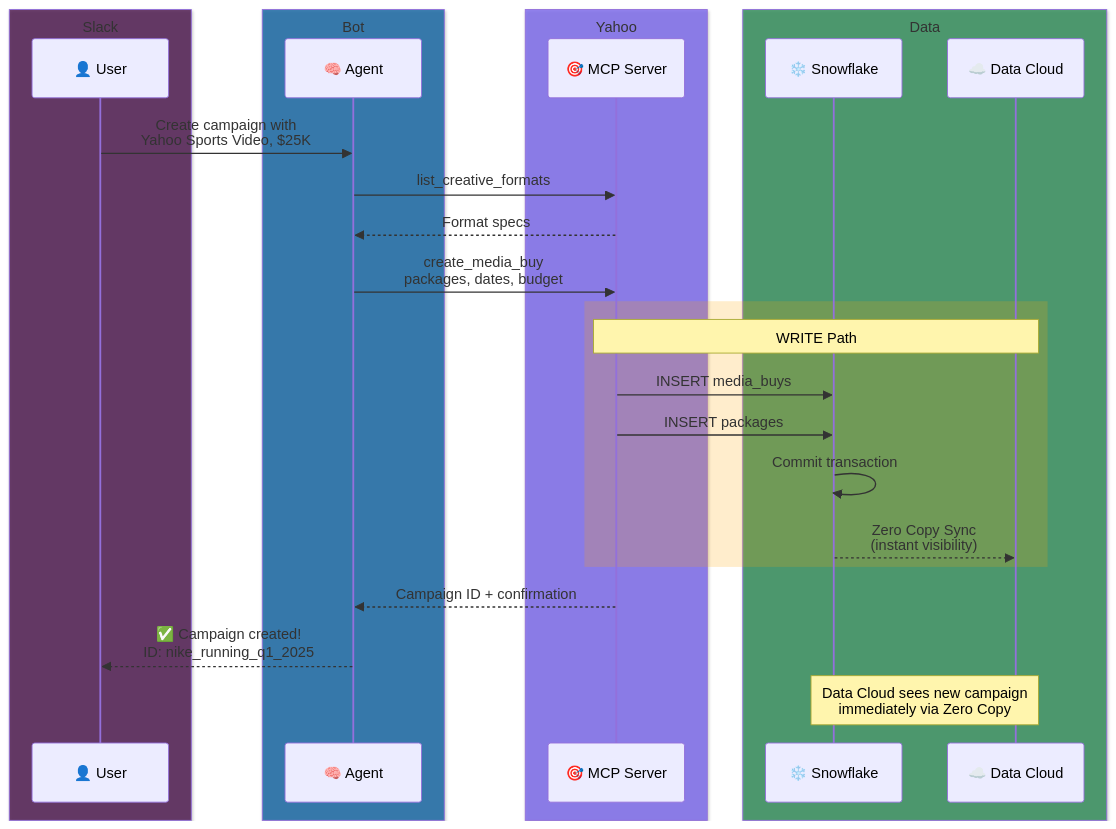
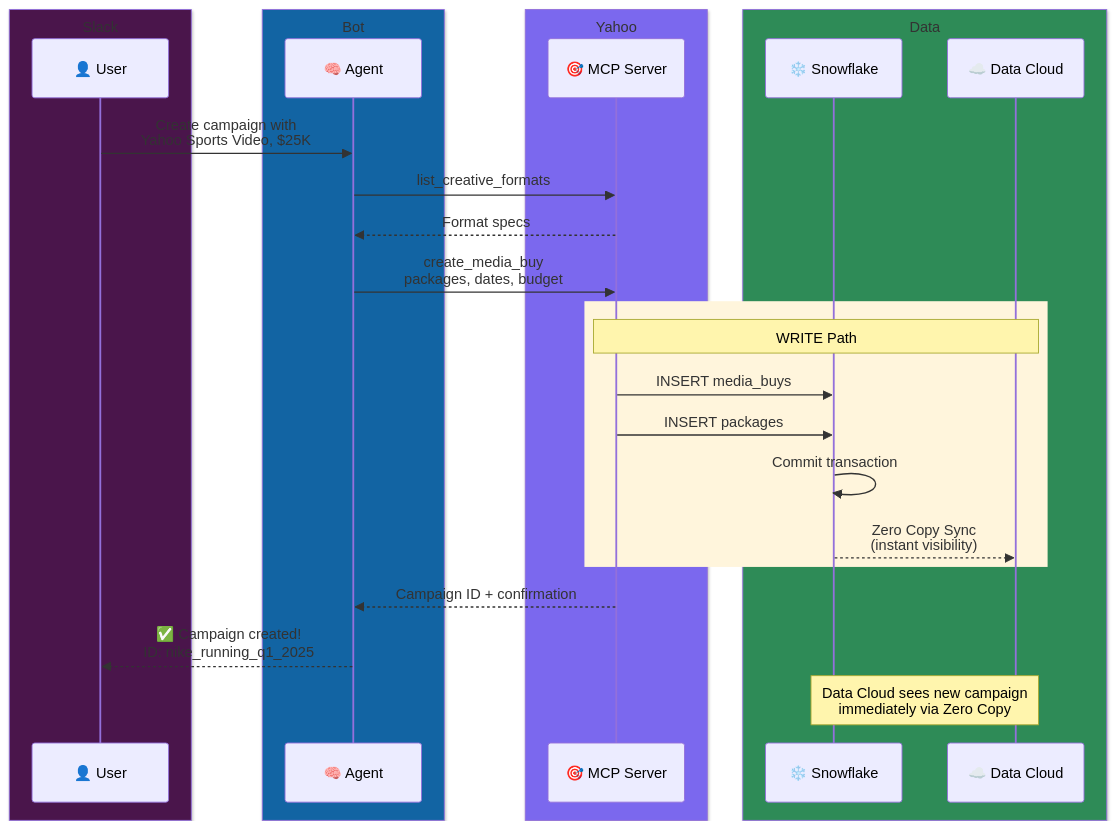
One commit to arupsarkar-sfdc/admcp-media-app changed the third of 9 diagrams in yahoo_mcp_server/slack/README.md. Above: the diagram before and after it, drawn with Mermaid. The commit also changed other lines of this file, not shown here.

Commit message:
fix: Convert all rgba to rgb for GitHub Mermaid compatibility

````diff
--- a/yahoo_mcp_server/slack/README.md
+++ b/yahoo_mcp_server/slack/README.md
@@ -152,39 +152,39 @@
 ```mermaid
 sequenceDiagram
-    box rgba(74,21,75,0.8) Slack
+    box rgb(74, 21, 75) Slack
         participant U as 👤 User
     end
     
-    box rgba(18,100,163,0.8) Bot
+    box rgb(18, 100, 163) Bot
         participant A as 🧠 Agent
     end
     
-    box rgba(123,104,238,0.8) Yahoo
+    box rgb(123, 104, 238) Yahoo
         participant Y as 🎯 MCP Server
     end
     
-    box rgba(46,139,87,0.8) Data
+    box rgb(46, 139, 87) Data
         participant SF as ❄️ Snowflake
         participant DC as ☁️ Data Cloud
     end
 
     U->>A: Create campaign with<br/>Yahoo Sports Video, $25K
     
     A->>Y: list_creative_formats
     Y-->>A: Format specs
     
     A->>Y: create_media_buy<br/>packages, dates, budget
     
-    rect rgba(255,165,0,0.2)
+    rect rgb(255, 245, 220)
         Note over Y,DC: WRITE Path
         Y->>SF: INSERT media_buys
         Y->>SF: INSERT packages
         SF->>SF: Commit transaction
         SF-->>DC: Zero Copy Sync<br/>(instant visibility)
     end
     
     Y-->>A: Campaign ID + confirmation
     A-->>U: ✅ Campaign created!<br/>ID: nike_running_q1_2025
     
     Note over SF,DC: Data Cloud sees new campaign<br/>immediately via Zero Copy
 ```
````
